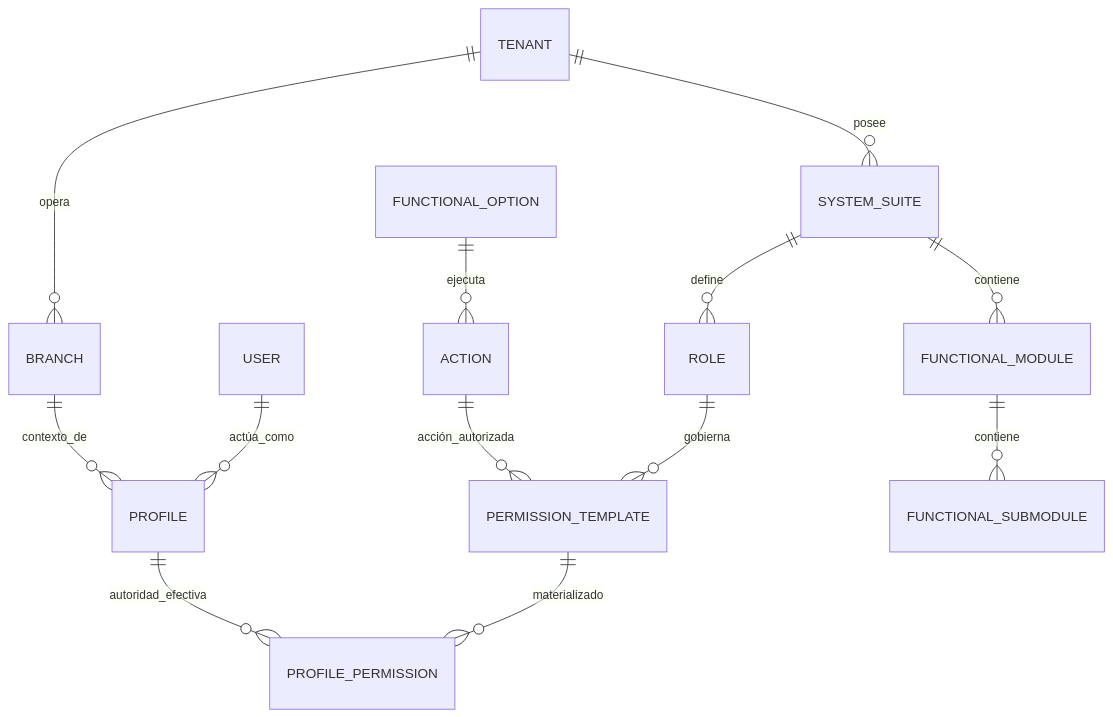
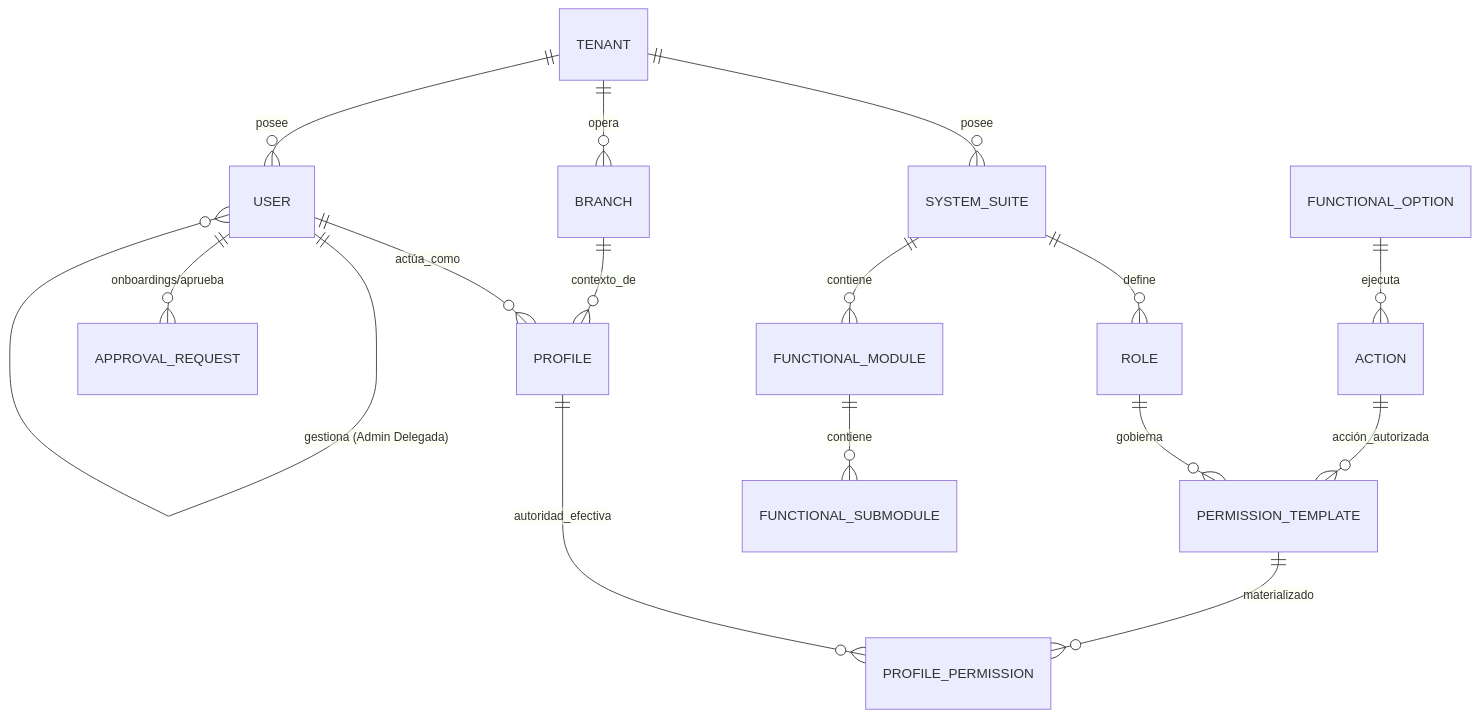
Before and after one commit to beyondnetcode/ums: the first of 4 diagrams in architecture/blueprints-es/database-design-er.md, drawn with Mermaid. The commit also changed other lines of this file and 4 other files, not shown here.

````diff
--- a/architecture/blueprints-es/database-design-er.md
+++ b/architecture/blueprints-es/database-design-er.md
@@ -27,19 +27,23 @@
 ```mermaid
 erDiagram
     TENANT ||--o{ SYSTEM_SUITE : "posee"
     TENANT ||--o{ BRANCH : "opera"
+    TENANT ||--o{ USER : "posee"
     SYSTEM_SUITE ||--o{ ROLE : "define"
     SYSTEM_SUITE ||--o{ FUNCTIONAL_MODULE : "contiene"
     
     ROLE ||--o{ PERMISSION_TEMPLATE : "gobierna"
     PERMISSION_TEMPLATE ||--o{ PROFILE_PERMISSION : "materializado"
     
     USER ||--o{ PROFILE : "actúa_como"
+    USER ||--o{ USER : "gestiona (Admin Delegada)"
+    USER ||--o{ APPROVAL_REQUEST : "onboardings/aprueba"
+    
     BRANCH ||--o{ PROFILE : "contexto_de"
     PROFILE ||--o{ PROFILE_PERMISSION : "autoridad_efectiva"
     
     FUNCTIONAL_MODULE ||--o{ FUNCTIONAL_SUBMODULE : "contiene"
     FUNCTIONAL_OPTION ||--o{ ACTION : "ejecuta"
     
     ACTION ||--o{ PERMISSION_TEMPLATE : "acción_autorizada"
 ```
````
